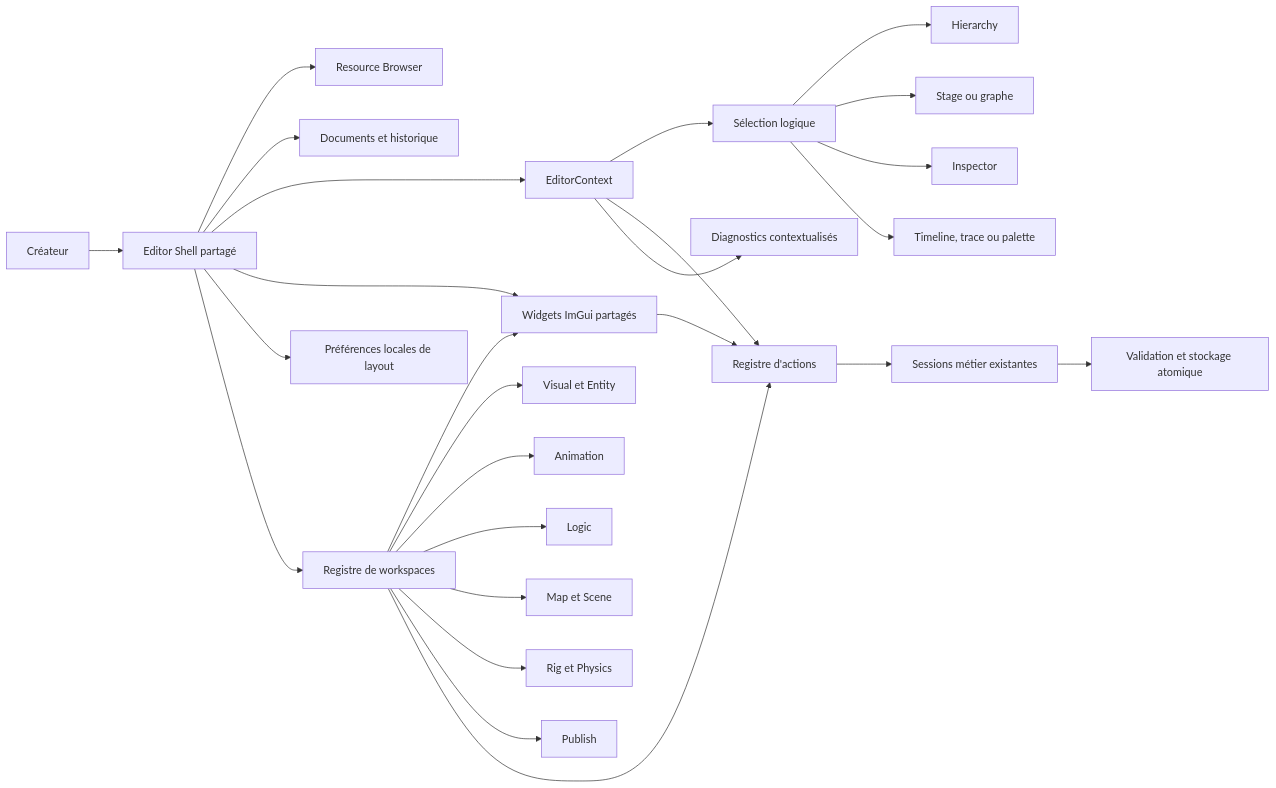
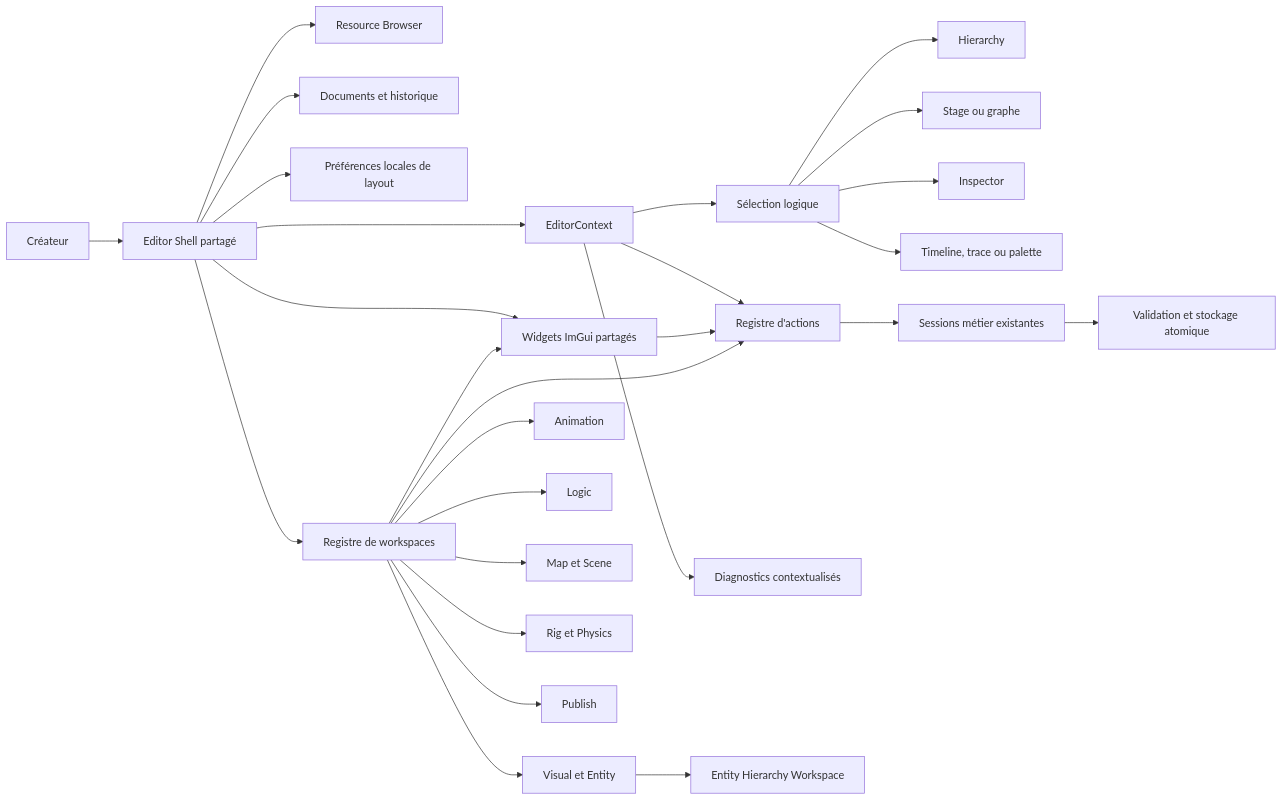
One commit to tristan-monticelli/vertex-loom changed the second of 3 diagrams in docs/architecture/components/studio-ux.md. Above: the diagram before and after it, drawn with Mermaid. The commit also changed other lines of this file and 8 other files, not shown here.

Commit message:
refactor(asset-studio): extract entity hierarchy workspace

````diff
--- a/docs/architecture/components/studio-ux.md
+++ b/docs/architecture/components/studio-ux.md
@@ -153,28 +153,29 @@
 ```mermaid
 flowchart LR
     User[Créateur] --> Shell[Editor Shell partagé]
     Shell --> Browser[Resource Browser]
     Shell --> Tabs[Documents et historique]
     Shell --> Context[EditorContext]
     Shell --> SharedWidgets[Widgets ImGui partagés]
     Shell --> Preferences[Préférences locales de layout]
     Context --> Selection[Sélection logique]
     Context --> Actions[Registre d'actions]
     Context --> Diagnostics[Diagnostics contextualisés]
     Shell --> Workspaces[Registre de workspaces]
     Workspaces --> SharedWidgets
     Workspaces --> Visual[Visual et Entity]
+    Visual --> EntityHierarchy[Entity Hierarchy Workspace]
     Workspaces --> Animation[Animation]
     Workspaces --> Logic[Logic]
     Workspaces --> Map[Map et Scene]
     Workspaces --> Rig[Rig et Physics]
     Workspaces --> Publish[Publish]
     Selection --> Hierarchy[Hierarchy]
     Selection --> Stage[Stage ou graphe]
     Selection --> Inspector[Inspector]
     Selection --> TaskDock[Timeline, trace ou palette]
     SharedWidgets --> Actions
     Workspaces --> Actions
     Actions --> Sessions[Sessions métier existantes]
     Sessions --> Storage[Validation et stockage atomique]
 ```
````
